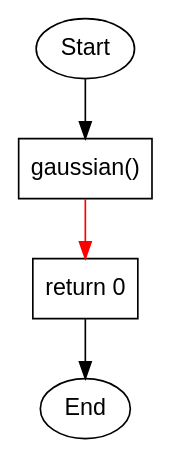
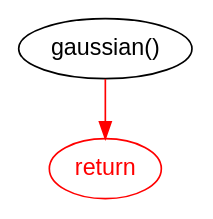
The diagram in quinta/adpcm/gaussian.dot (Lucas170620/prompts-infeasible-path-AI-detecting-repository), drawn with Graphviz before and after one commit. The commit also changed 136 other files, not shown here.

```diff
--- a/quinta/adpcm/gaussian.dot
+++ b/quinta/adpcm/gaussian.dot
@@ -1,14 +1,10 @@
 digraph gaussian {
     rankdir=TB;
     node [shape=box, fontname=Arial];
     edge [fontname=Arial];
 
-    start [label="Start", shape=ellipse];
-    end [label="End", shape=ellipse];
-    node1 [label="gaussian()"];
-    node2 [label="return 0"];
-
-    start -> node1;
-    node1 -> node2 [color=red, fontcolor=red];
-    node2 -> end;
+    start [label="gaussian()", shape=ellipse];
+    end [label="return", shape=ellipse, color=red, fontcolor=red];
+    
+    start -> end [color=red, fontcolor=red];
 }
```
